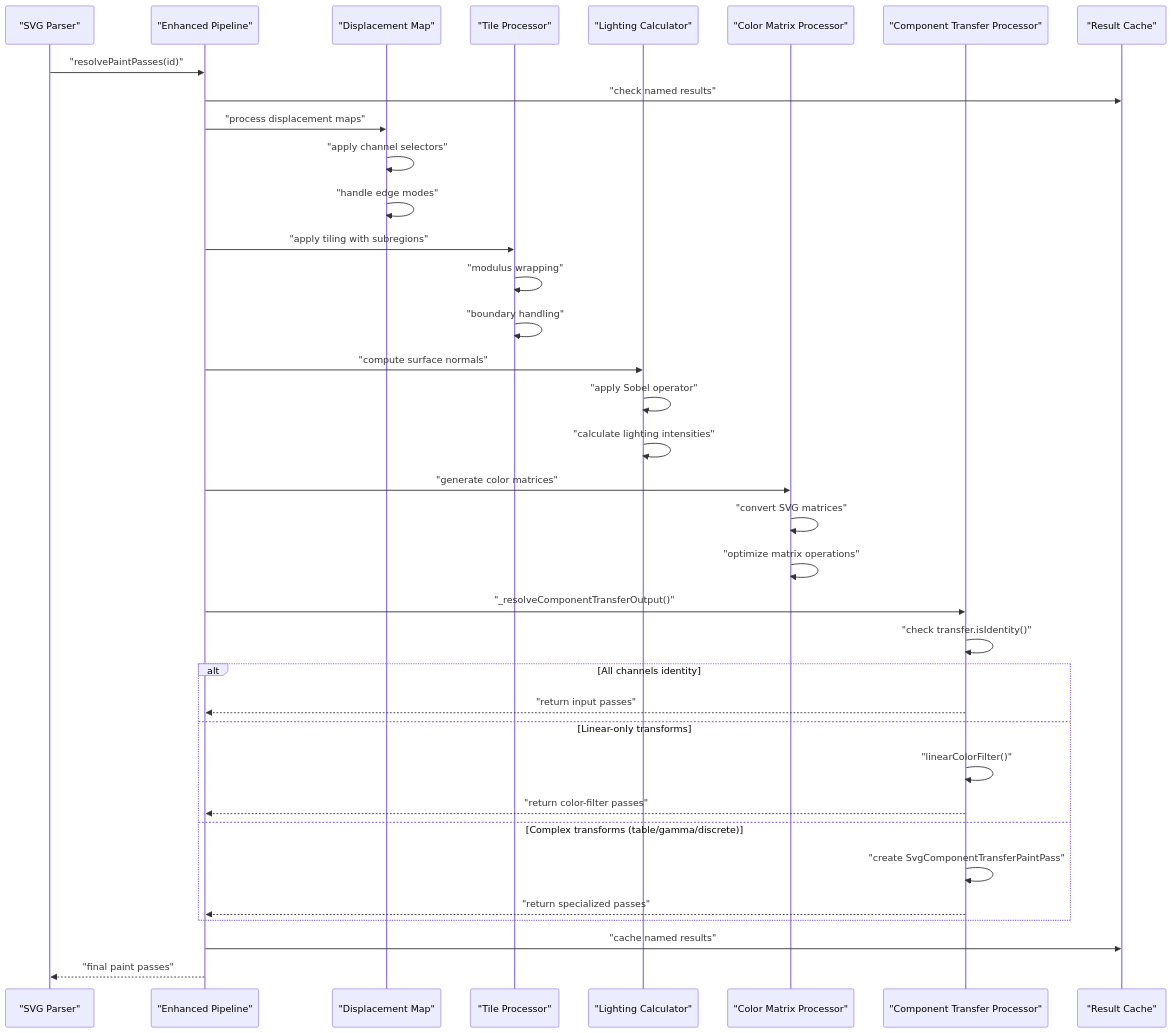
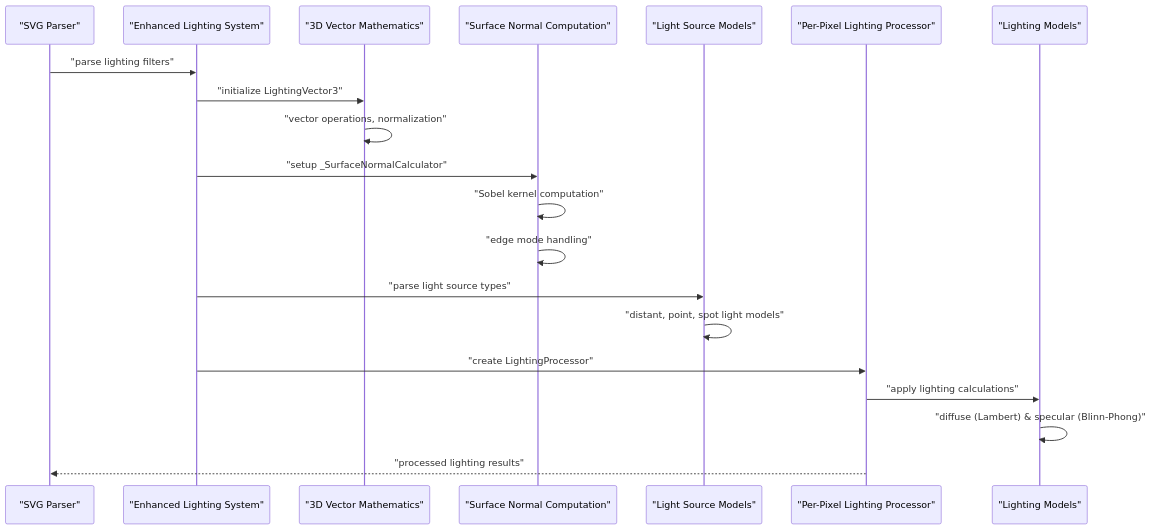
Before and after one commit to denisnadey/flutter_full_svg_support: the second of 2 diagrams in .qoder/repowiki/en/content/Animated SVG Support/Advanced Animation Features/SVG Filters and Effects/SVG Filters and Effects.md, drawn with Mermaid. The commit also changed other lines of this file and 25 other files, not shown here.

````diff
--- a/.qoder/repowiki/en/content/Animated SVG Support/Advanced Animation Features/SVG Filters and Effects/SVG Filters and Effects.md
+++ b/.qoder/repowiki/en/content/Animated SVG Support/Advanced Animation Features/SVG Filters and Effects/SVG Filters and Effects.md
@@ -181,38 +166,22 @@
 ```mermaid
 sequenceDiagram
 participant Parser as "SVG Parser"
-participant Pipeline as "Enhanced Pipeline"
-participant Displacement as "Displacement Map"
-participant Tile as "Tile Processor"
-participant Lighting as "Lighting Calculator"
-participant ColorMatrix as "Color Matrix Processor"
-participant CTProcessor as "Component Transfer Processor"
-participant Cache as "Result Cache"
-Parser->>Pipeline : "resolvePaintPasses(id)"
-Pipeline->>Cache : "check named results"
-Pipeline->>Displacement : "process displacement maps"
-Displacement->>Displacement : "apply channel selectors"
-Displacement->>Displacement : "handle edge modes"
-Pipeline->>Tile : "apply tiling with subregions"
-Tile->>Tile : "modulus wrapping"
-Tile->>Tile : "boundary handling"
-Pipeline->>Lighting : "compute surface normals"
-Lighting->>Lighting : "apply Sobel operator"
-Lighting->>Lighting : "calculate lighting intensities"
-Pipeline->>ColorMatrix : "generate color matrices"
-ColorMatrix->>ColorMatrix : "convert SVG matrices"
-ColorMatrix->>ColorMatrix : "optimize matrix operations"
-Pipeline->>CTProcessor : "_resolveComponentTransferOutput()"
-CTProcessor->>CTProcessor : "check transfer.isIdentity()"
-alt All channels identity
-CTProcessor-->>Pipeline : "return input passes"
-else Linear-only transforms
-CTProcessor->>CTProcessor : "linearColorFilter()"
-CTProcessor-->>Pipeline : "return color-filter passes"
-else Complex transforms (table/gamma/discrete)
-CTProcessor->>CTProcessor : "create SvgComponentTransferPaintPass"
-CTProcessor-->>Pipeline : "return specialized passes"
-end
-Pipeline->>Cache : "cache named results"
-Pipeline-->>Parser : "final paint passes"
+participant LightingSystem as "Enhanced Lighting System"
+participant VectorMath as "3D Vector Mathematics"
+participant SurfaceNormal as "Surface Normal Computation"
+participant LightSources as "Light Source Models"
+participant LightingProcessor as "Per-Pixel Lighting Processor"
+participant LightingModels as "Lighting Models"
+Parser->>LightingSystem : "parse lighting filters"
+LightingSystem->>VectorMath : "initialize LightingVector3"
+VectorMath->>VectorMath : "vector operations, normalization"
+LightingSystem->>SurfaceNormal : "setup _SurfaceNormalCalculator"
+SurfaceNormal->>SurfaceNormal : "Sobel kernel computation"
+SurfaceNormal->>SurfaceNormal : "edge mode handling"
+LightingSystem->>LightSources : "parse light source types"
+LightSources->>LightSources : "distant, point, spot light models"
+LightingSystem->>LightingProcessor : "create LightingProcessor"
+LightingProcessor->>LightingModels : "apply lighting calculations"
+LightingModels->>LightingModels : "diffuse (Lambert) & specular (Blinn-Phong)"
+LightingProcessor-->>Parser : "processed lighting results"
 ```
````
